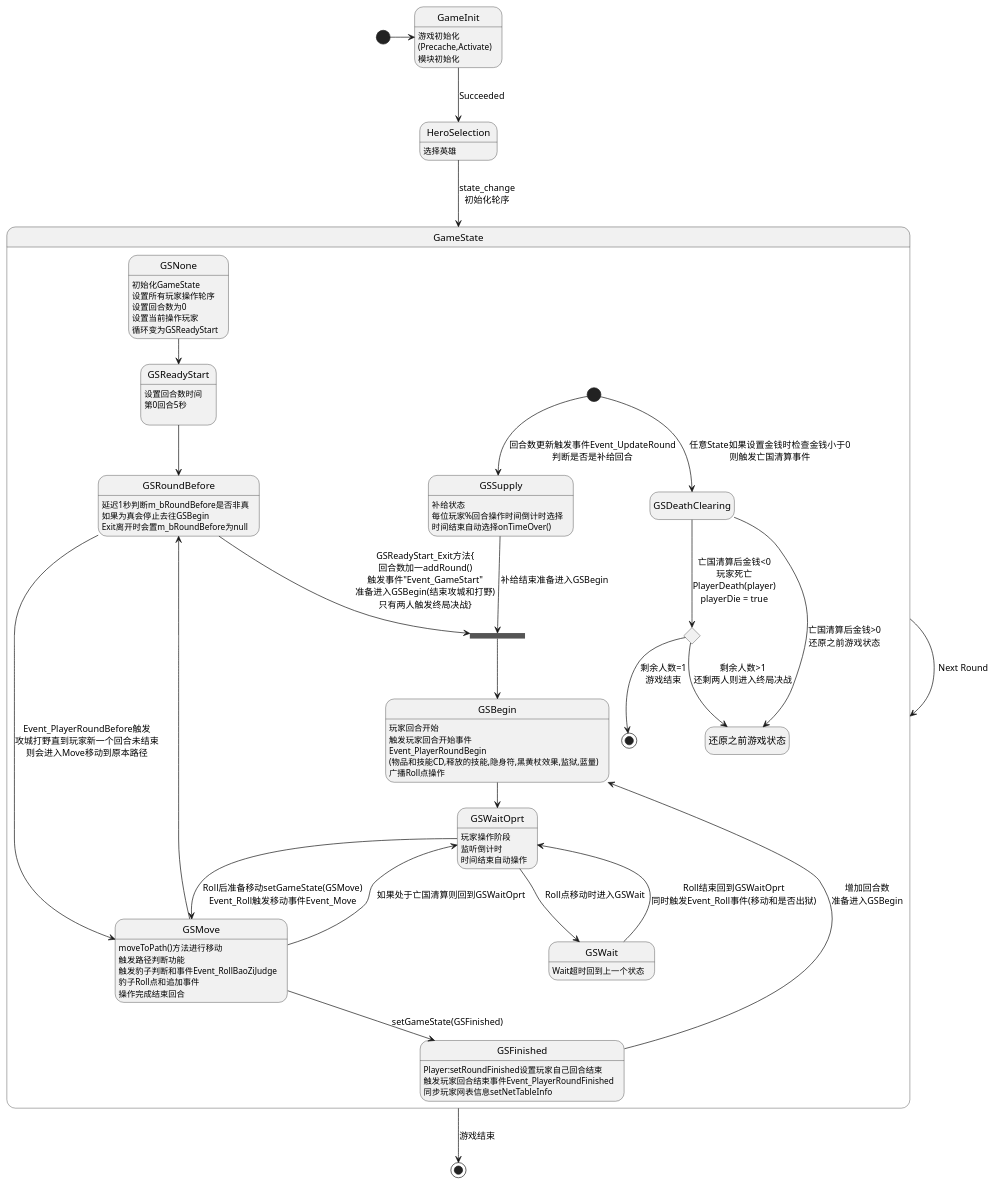
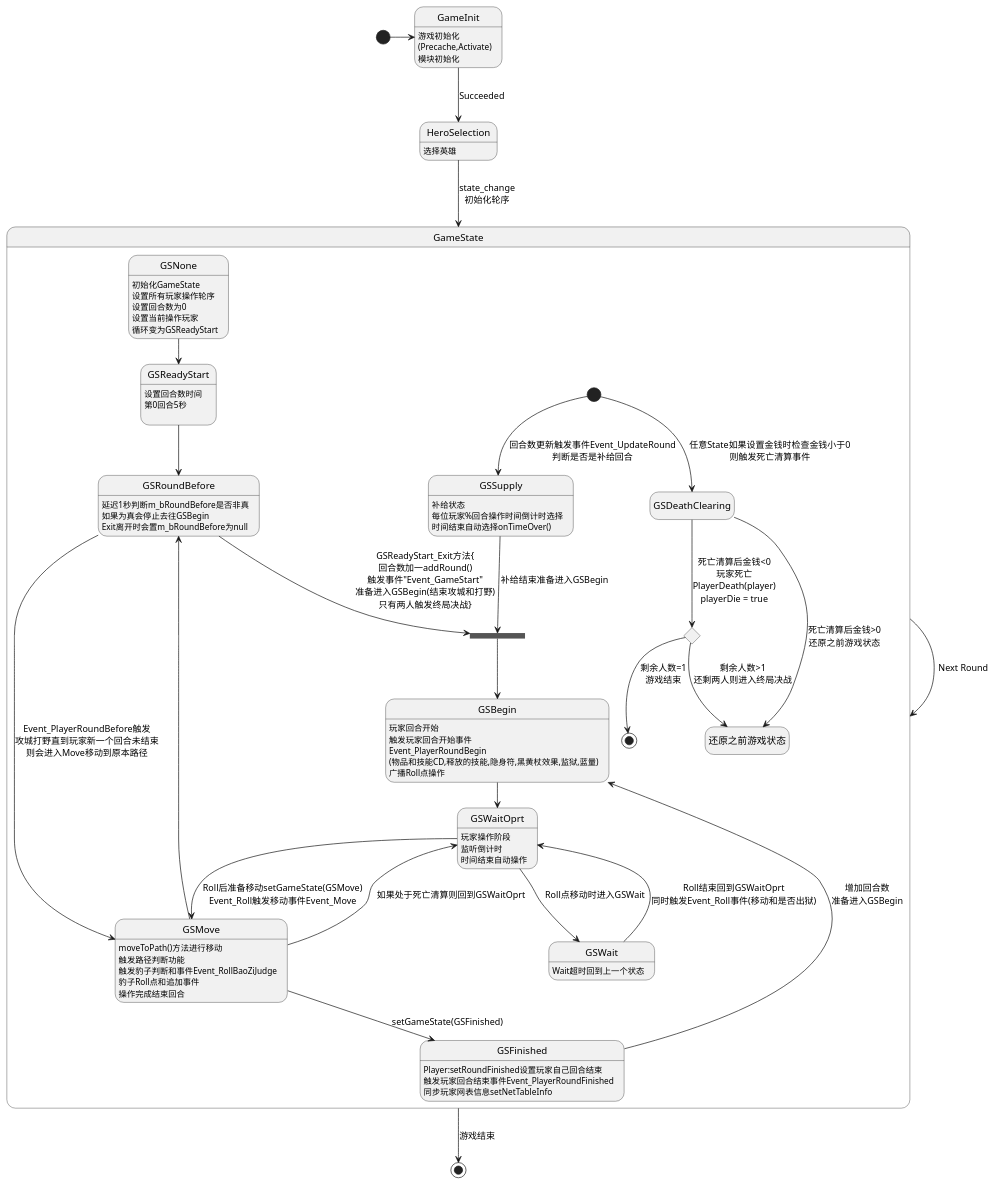
One commit to york99alex/dafuwengx changed the diagram in game/scripts/GameLoop.pu. Above: the diagram before and after it, drawn with PlantUML. The commit also changed 79 other files, not shown here.

```diff
--- a/game/scripts/GameLoop.pu
+++ b/game/scripts/GameLoop.pu
@@ -1,57 +1,57 @@
 @startuml GameLoop
 hide empty description
 ' GameLoop:游戏循环 @game\scripts\src\utils\xstate
 ' 状态机参数:{id, initial, states} 
 ' states:{
 '   状态名: { on:{change:"下一个状态"}, 
 '             entry: "进入状态执行方法名",
 '             exit: "退出状态执行方法名"
 ' }
 '
 ' alt + d 预览
 
 
 [*] -> GameInit
 GameInit --> HeroSelection : Succeeded
 GameInit : 游戏初始化
 GameInit : (Precache,Activate)
 GameInit : 模块初始化
 HeroSelection --> GameState : state_change\n初始化轮序
 HeroSelection : 选择英雄
 state GameState {
     GSNone : 初始化GameState\n设置所有玩家操作轮序\n设置回合数为0\n设置当前操作玩家\n循环变为GSReadyStart
     GSNone --> GSReadyStart
     GSReadyStart : 设置回合数时间\n第0回合5秒\n
     state ReadyStartTOBegin <<join>>
     GSReadyStart --> GSRoundBefore
     GSRoundBefore : 延迟1秒判断m_bRoundBefore是否非真\n如果为真会停止去往GSBegin\nExit离开时会置m_bRoundBefore为null
     GSRoundBefore --> GSMove : Event_PlayerRoundBefore触发\n攻城打野直到玩家新一个回合未结束\n则会进入Move移动到原本路径
     GSMove --> GSRoundBefore
     GSRoundBefore --> ReadyStartTOBegin : GSReadyStart_Exit方法{\n回合数加一addRound()\n触发事件"Event_GameStart"\n准备进入GSBegin(结束攻城和打野)\n只有两人触发终局决战}
     ReadyStartTOBegin --> GSBegin
     GSBegin : 玩家回合开始\n触发玩家回合开始事件\nEvent_PlayerRoundBegin\n(物品和技能CD,释放的技能,隐身符,黑黄杖效果,监狱,蓝量)\n广播Roll点操作
     GSBegin --> GSWaitOprt
     GSWaitOprt : 玩家操作阶段\n监听倒计时\n时间结束自动操作
     GSWaitOprt --> GSWait : Roll点移动时进入GSWait
     GSWait --> GSWaitOprt : Roll结束回到GSWaitOprt\n同时触发Event_Roll事件(移动和是否出狱)
     GSWait : Wait超时回到上一个状态
     GSWaitOprt --> GSMove : Roll后准备移动setGameState(GSMove)\nEvent_Roll触发移动事件Event_Move
-    GSMove --> GSWaitOprt : 如果处于亡国清算则回到GSWaitOprt
+    GSMove --> GSWaitOprt : 如果处于死亡清算则回到GSWaitOprt
     GSMove : moveToPath()方法进行移动\n触发路径判断功能\n触发豹子判断和事件Event_RollBaoZiJudge\n豹子Roll点和追加事件\n操作完成结束回合
     GSMove --> GSFinished : setGameState(GSFinished)
     GSFinished : Player:setRoundFinished设置玩家自己回合结束\n触发玩家回合结束事件Event_PlayerRoundFinished\n同步玩家网表信息setNetTableInfo
     GSFinished --> GSBegin : 增加回合数\n准备进入GSBegin
-    [*] --> GSDeathClearing : 任意State如果设置金钱时检查金钱小于0\n则触发亡国清算事件
+    [*] --> GSDeathClearing : 任意State如果设置金钱时检查金钱小于0\n则触发死亡清算事件
     state 玩家死亡 <<choice>>
-    GSDeathClearing --> 还原之前游戏状态 : 亡国清算后金钱>0\n还原之前游戏状态
-    GSDeathClearing --> 玩家死亡 : 亡国清算后金钱<0\n玩家死亡\nPlayerDeath(player)\nplayerDie = true
+    GSDeathClearing --> 还原之前游戏状态 : 死亡清算后金钱>0\n还原之前游戏状态
+    GSDeathClearing --> 玩家死亡 : 死亡清算后金钱<0\n玩家死亡\nPlayerDeath(player)\nplayerDie = true
     玩家死亡 --> 还原之前游戏状态 : 剩余人数>1\n还剩两人则进入终局决战
     玩家死亡 --> [*] : 剩余人数=1\n游戏结束
     [*] --> GSSupply : 回合数更新触发事件Event_UpdateRound\n判断是否是补给回合
     GSSupply  --> ReadyStartTOBegin : 补给结束准备进入GSBegin
     GSSupply : 补给状态\n每位玩家%回合操作时间倒计时选择\n时间结束自动选择onTimeOver()
 }
 GameState --> GameState : Next Round
 GameState --> [*] : 游戏结束
 
 @enduml
```
